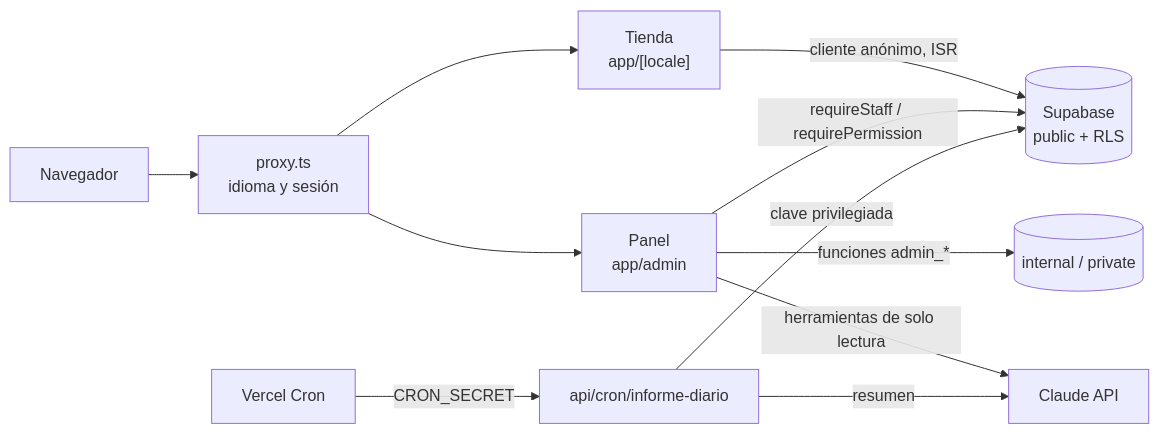
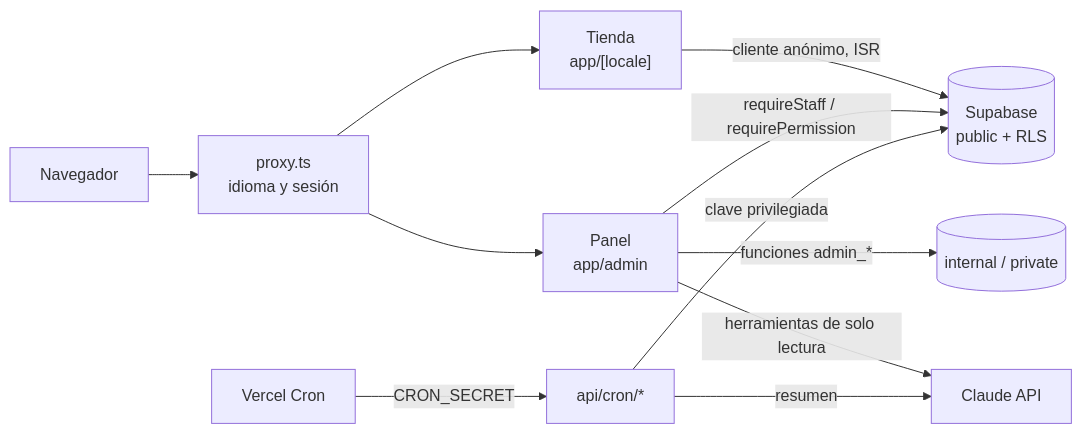
One commit to albertnieves/adhara-web changed the diagram in docs/ARCHITECTURE.md. Above: the diagram before and after it, drawn with Mermaid. The commit also changed other lines of this file and 61 other files, not shown here.

````diff
--- a/docs/ARCHITECTURE.md
+++ b/docs/ARCHITECTURE.md
@@ -23,13 +23,13 @@
 ```mermaid
 flowchart LR
   B[Navegador] --> P["proxy.ts<br/>idioma y sesión"]
   P --> S["Tienda<br/>app/[locale]"]
   P --> A["Panel<br/>app/admin"]
   S -->|cliente anónimo, ISR| DB[("Supabase<br/>public + RLS")]
   A -->|requireStaff / requirePermission| DB
   A -->|funciones admin_*| I[(internal / private)]
-  C[Vercel Cron] -->|CRON_SECRET| J[api/cron/informe-diario]
+  C[Vercel Cron] -->|CRON_SECRET| J[api/cron/*]
   J -->|clave privilegiada| DB
   A -->|herramientas de solo lectura| L[Claude API]
   J -->|resumen| L
 ```
````
